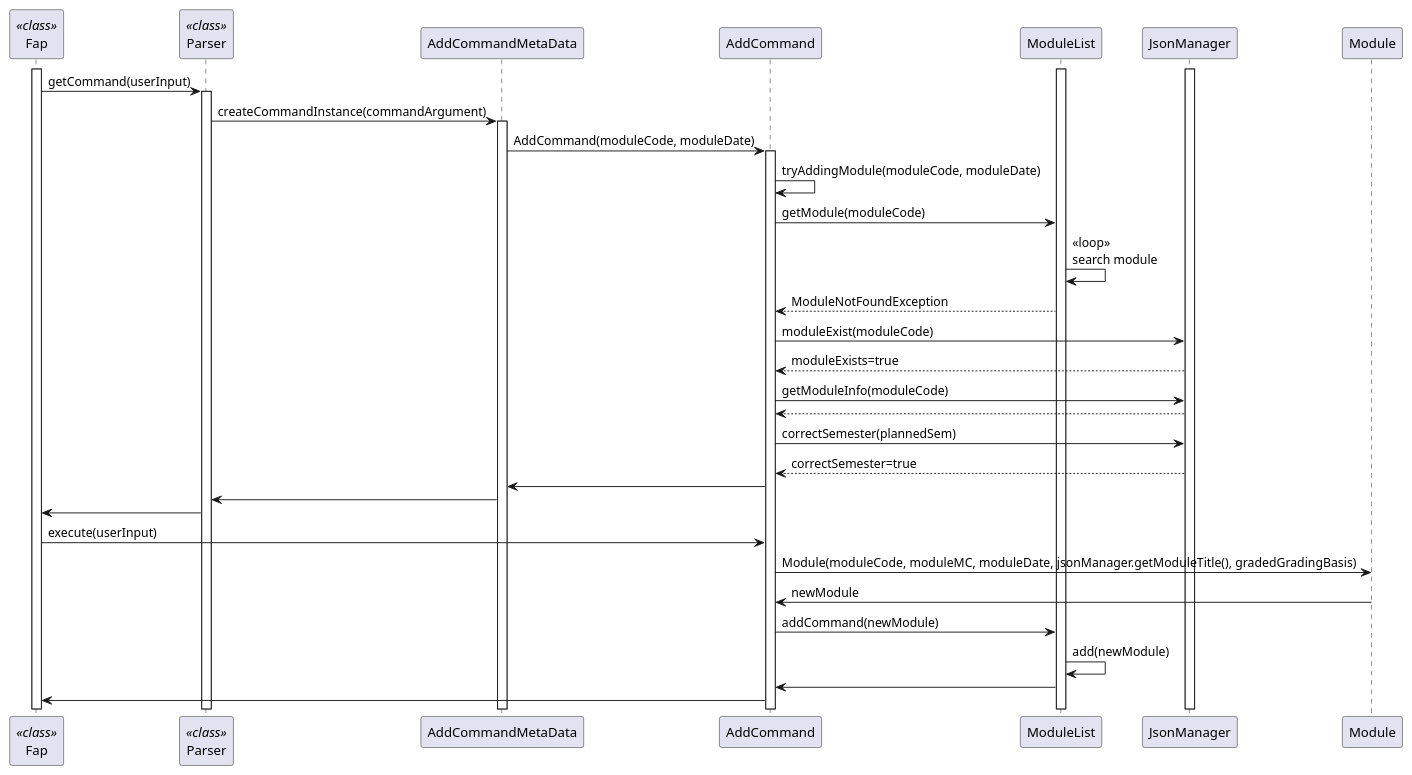
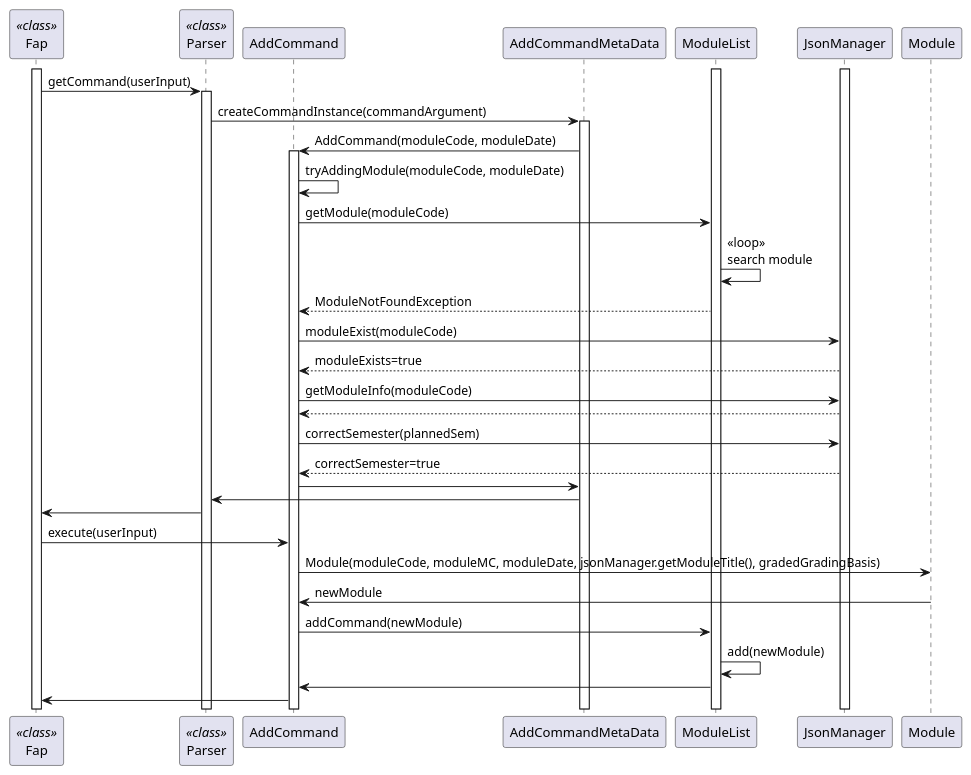
Before and after one commit to fungg0/tp: the diagram in docs/diagrams/AddCommand.puml, drawn with PlantUML. The commit also changed other lines of this file and 11 other files, not shown here.

Commit message:
Modify the png/uml diagrams

```diff
--- a/docs/diagrams/AddCommand.puml
+++ b/docs/diagrams/AddCommand.puml
@@ -1,58 +1,58 @@
 @startuml
 participant "Fap" as Fap <<class>>
 participant "Parser" as Parser <<class>>
+participant "AddCommand" as AddCommand
 participant "AddCommandMetaData" as AddCommandMetaData
-participant "AddCommand" as AddCommand
 participant "ModuleList" as ModuleList
 participant "JsonManager" as JsonManager
 participant "Module" as Module
 
 activate Fap
 activate ModuleList
 activate JsonManager
 
 Fap -> Parser : getCommand(userInput)
 activate Parser
 
 Parser -> AddCommandMetaData : createCommandInstance(commandArgument)
 activate AddCommandMetaData
 
 AddCommandMetaData -> AddCommand : AddCommand(moduleCode, moduleDate)
 activate AddCommand
 
 AddCommand -> AddCommand : tryAddingModule(moduleCode, moduleDate)
 
 
 AddCommand -> ModuleList : getModule(moduleCode)
 ModuleList -> ModuleList : <<loop>>\nsearch module
 ModuleList --> AddCommand : ModuleNotFoundException
 
 AddCommand -> JsonManager : moduleExist(moduleCode)
 
 JsonManager --> AddCommand : moduleExists=true
 
 AddCommand -> JsonManager : getModuleInfo(moduleCode)
 
 JsonManager --> AddCommand
 
 AddCommand -> JsonManager : correctSemester(plannedSem)
 
 JsonManager --> AddCommand : correctSemester=true
 
 AddCommand -> AddCommandMetaData
 AddCommandMetaData -> Parser
 Parser -> Fap
 
 Fap -> AddCommand: execute(userInput)
 
 
 AddCommand -> Module : Module(moduleCode, moduleMC, moduleDate, jsonManager.getModuleTitle(), gradedGradingBasis)
 
 
 Module -> AddCommand : newModule
 AddCommand -> ModuleList : addCommand(newModule)
 ModuleList -> ModuleList : add(newModule)
 ModuleList -> AddCommand
 AddCommand -> Fap
 
 @enduml
```
